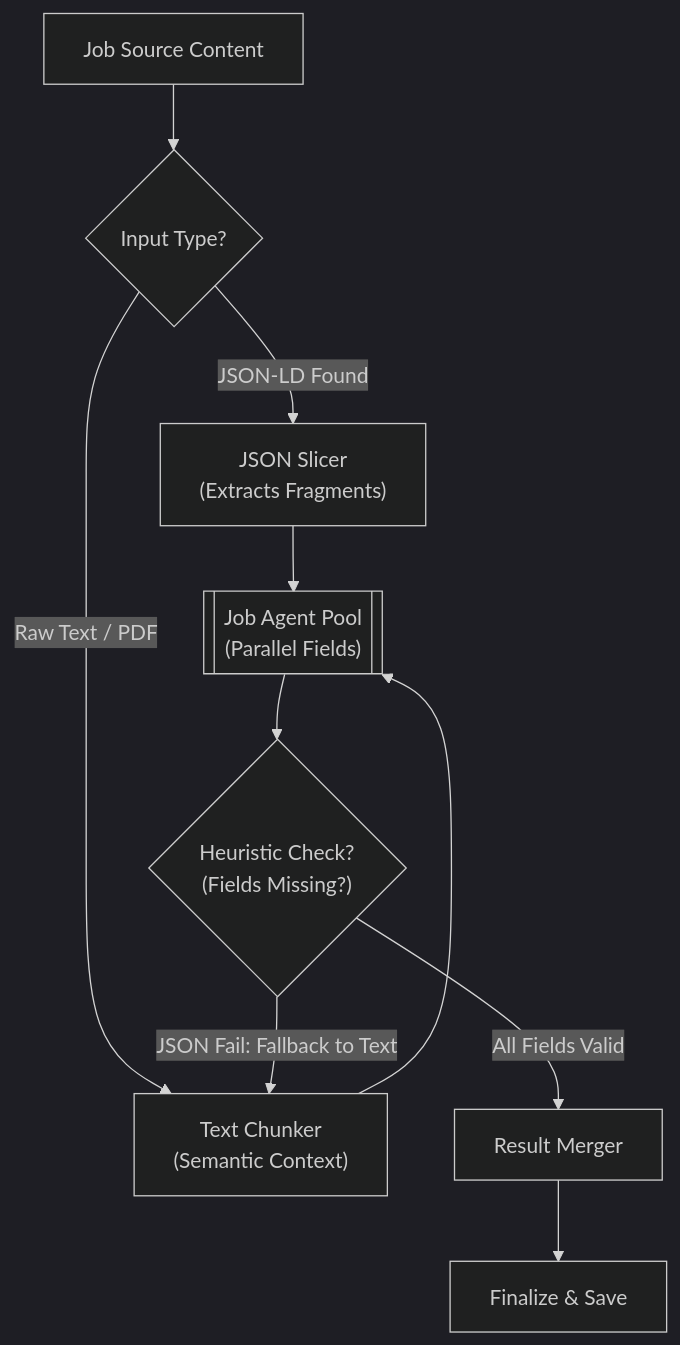
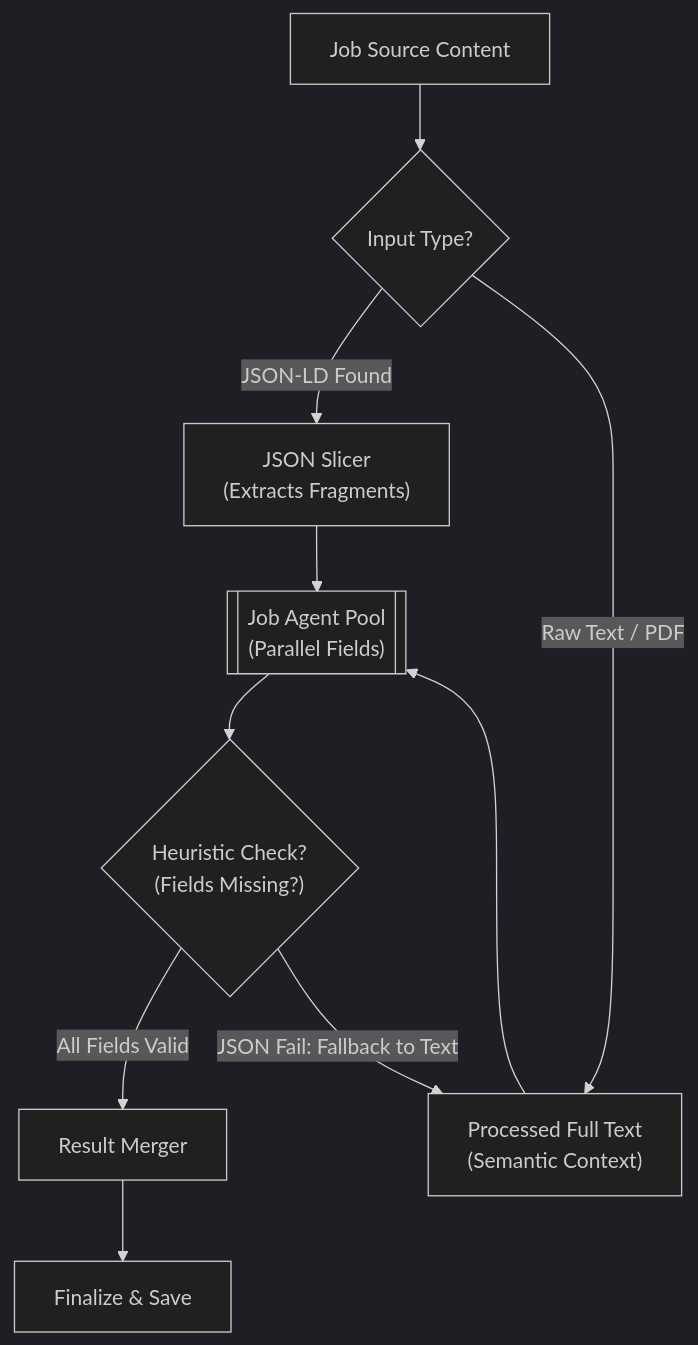
Before and after one commit to yicheinchang/lard: the second of 2 diagrams in backend/README.md, drawn with Mermaid (dark theme). The commit also changed other lines of this file, not shown here.

Commit message:
docs(ai): clarify text context handling and fix chunker misnomer

````diff
--- a/backend/README.md
+++ b/backend/README.md
@@ -115,17 +116,18 @@
 ```mermaid
 graph TD
     Source["Job Source Content"] --> Router{"Input Type?"}
     
     Router -- "JSON-LD Found" --> Slicer["JSON Slicer<br/>(Extracts Fragments)"]
-    Router -- "Raw Text / PDF" --> Chunker["Text Chunker<br/>(Semantic Context)"]
     
     Slicer --> JPool[["Job Agent Pool<br/>(Parallel Fields)"]]
-    Chunker --> JPool
     
     JPool --> Heuristic{"Heuristic Check?<br/>(Fields Missing?)"}
     
-    Heuristic -- "JSON Fail: Fallback to Text" --> Chunker
+    Heuristic -- "All Fields Valid" --> Merger["Result Merger"]
+    Heuristic -- "JSON Fail: Fallback to Text" --> TextSource["Processed Full Text<br/>(Semantic Context)"]
+    Router -- "Raw Text / PDF" --> TextSource
     
-    Heuristic -- "All Fields Valid" --> Merger["Result Merger"]
+    TextSource --> JPool
+    
     Merger --> Final["Finalize & Save"]
 ```
````
